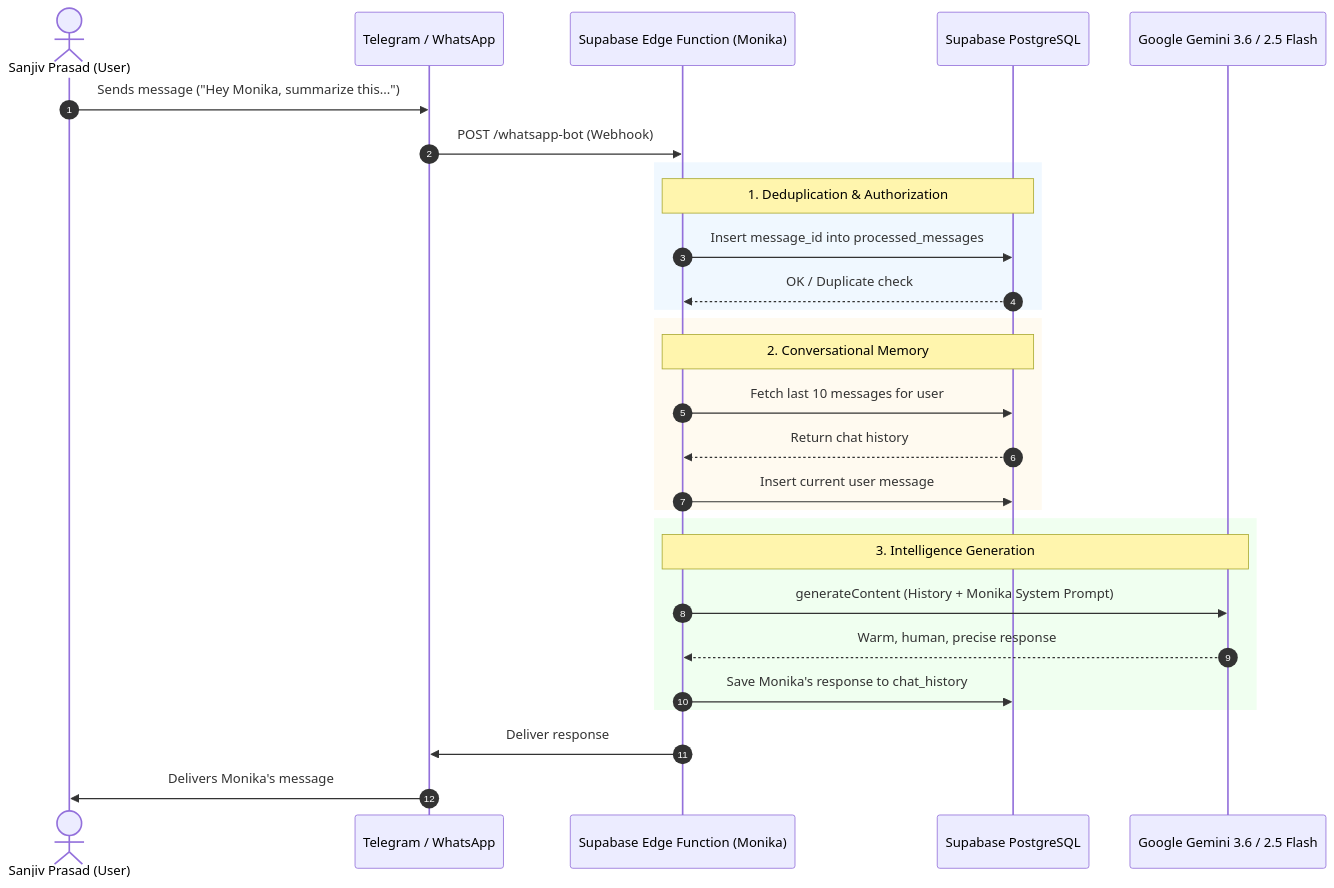
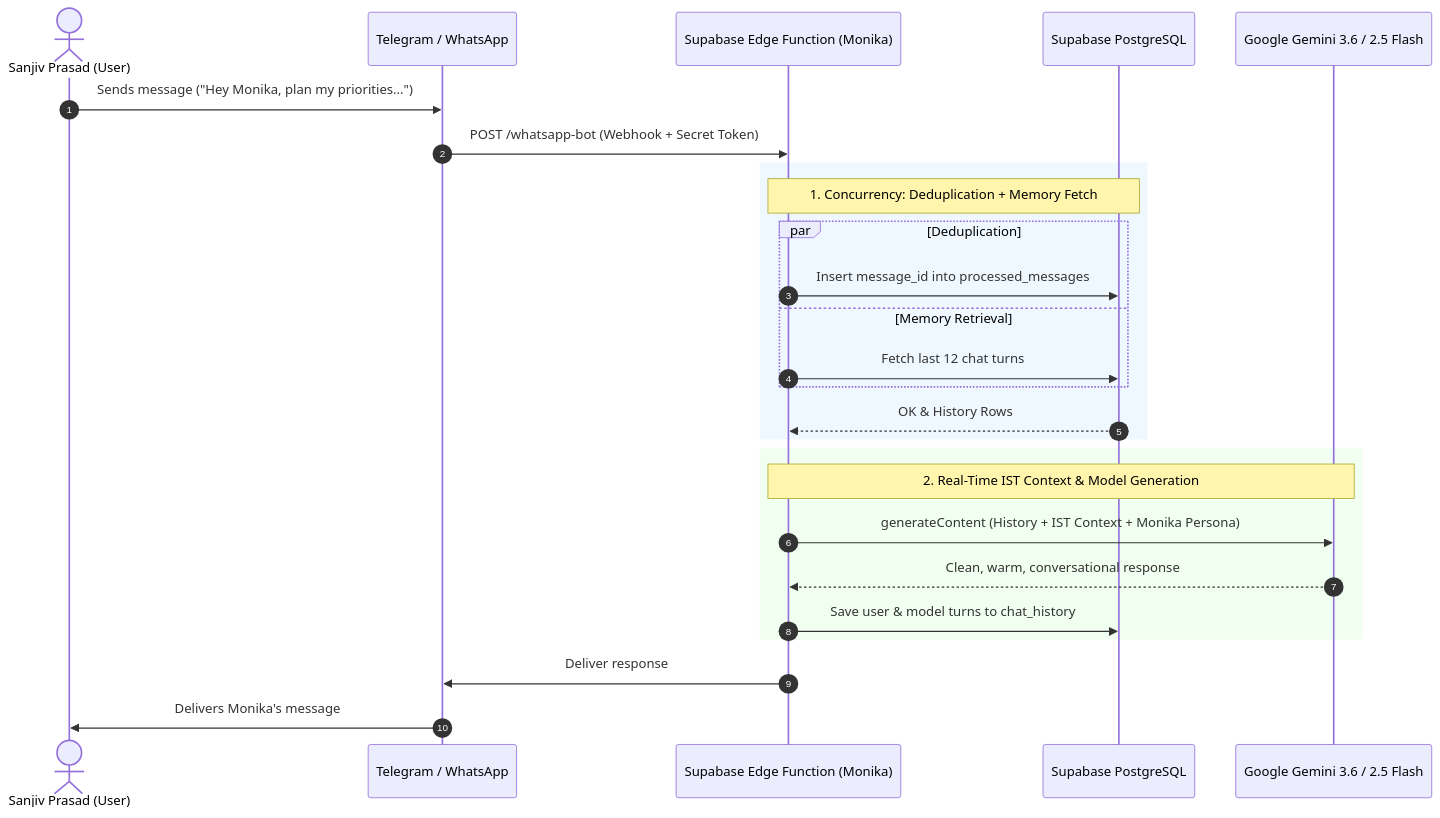
Before and after one commit to Sanjiv215/Monika_telegram_bot: the diagram in README.md, drawn with Mermaid. The commit also changed other lines of this file and 2 other files, not shown here.

````diff
--- a/README.md
+++ b/README.md
@@ -20,35 +30,32 @@
 ```mermaid
 sequenceDiagram
     autonumber
     actor Sanjiv as Sanjiv Prasad (User)
     participant Platform as Telegram / WhatsApp
     participant Edge as Supabase Edge Function (Monika)
     participant DB as Supabase PostgreSQL
     participant Gemini as Google Gemini 3.6 / 2.5 Flash
 
-    Sanjiv->>Platform: Sends message ("Hey Monika, summarize this...")
-    Platform->>Edge: POST /whatsapp-bot (Webhook)
+    Sanjiv->>Platform: Sends message ("Hey Monika, plan my priorities...")
+    Platform->>Edge: POST /whatsapp-bot (Webhook + Secret Token)
     
     rect rgb(240, 248, 255)
-        Note over Edge,DB: 1. Deduplication & Authorization
-        Edge->>DB: Insert message_id into processed_messages
-        DB-->>Edge: OK / Duplicate check
-    end
-
-    rect rgb(255, 250, 240)
-        Note over Edge,DB: 2. Conversational Memory
-        Edge->>DB: Fetch last 10 messages for user
-        DB-->>Edge: Return chat history
-        Edge->>DB: Insert current user message
+        Note over Edge,DB: 1. Concurrency: Deduplication + Memory Fetch
+        par Deduplication
+            Edge->>DB: Insert message_id into processed_messages
+        and Memory Retrieval
+            Edge->>DB: Fetch last 12 chat turns
+        end
+        DB-->>Edge: OK & History Rows
     end
 
     rect rgb(240, 255, 240)
-        Note over Edge,Gemini: 3. Intelligence Generation
-        Edge->>Gemini: generateContent (History + Monika System Prompt)
-        Gemini-->>Edge: Warm, human, precise response
-        Edge->>DB: Save Monika's response to chat_history
+        Note over Edge,Gemini: 2. Real-Time IST Context & Model Generation
+        Edge->>Gemini: generateContent (History + IST Context + Monika Persona)
+        Gemini-->>Edge: Clean, warm, conversational response
+        Edge->>DB: Save user & model turns to chat_history
     end
 
     Edge->>Platform: Deliver response
     Platform->>Sanjiv: Delivers Monika's message
 ```
````
